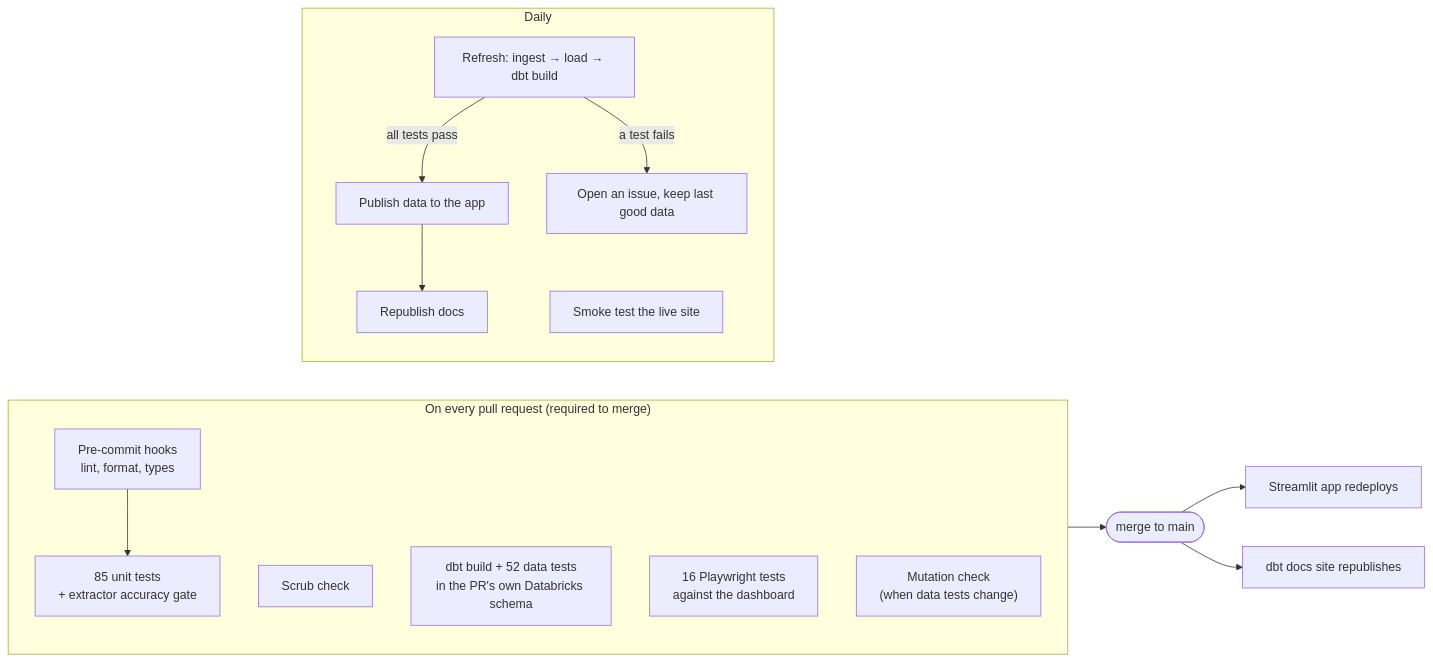
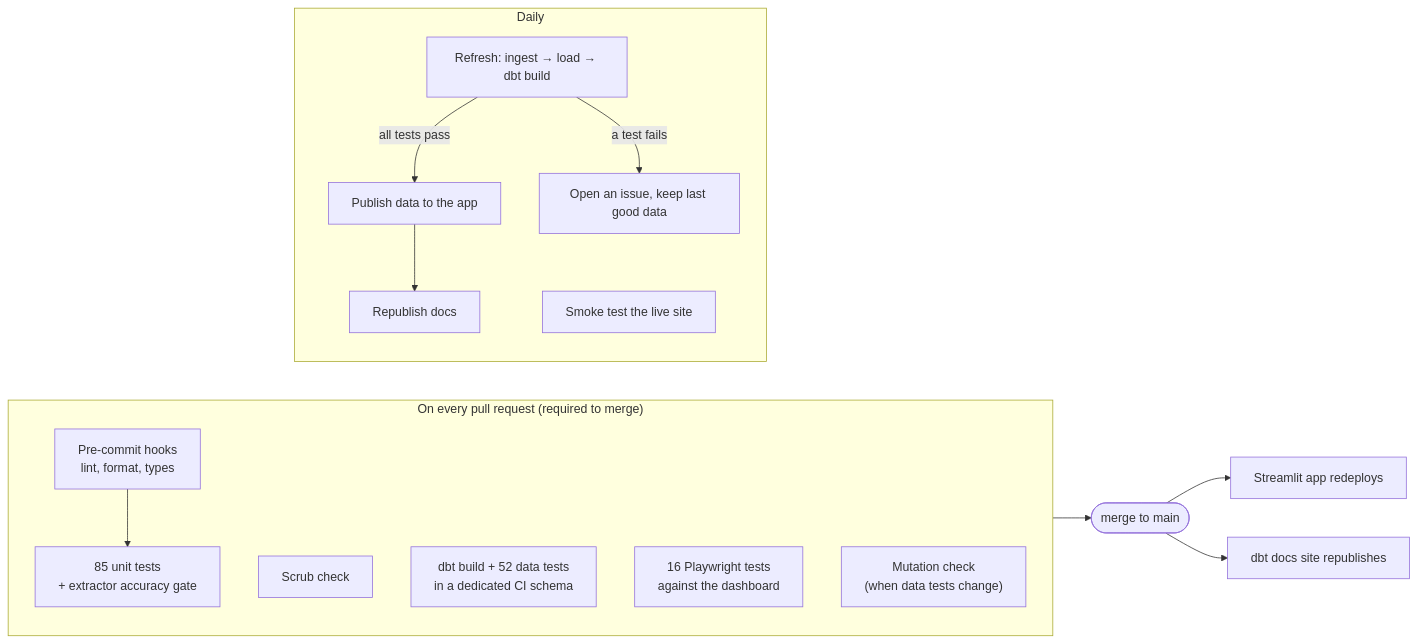
The second of 2 diagrams in README.md (wacsvn/hiring-market-pulse), drawn with Mermaid before and after one commit. The commit also changed other lines of this file and 4 other files, not shown here.

First line of the commit message:
ci: reuse fixed Databricks schemas across PRs (no new tables per PR)

````diff
--- a/README.md
+++ b/README.md
@@ -172,21 +172,21 @@
 ```mermaid
 flowchart LR
   subgraph PR["On every pull request (required to merge)"]
     direction TB
     L["Pre-commit hooks<br/>lint, format, types"] --> U["85 unit tests<br/>+ extractor accuracy gate"]
     S[Scrub check]
-    D["dbt build + 52 data tests<br/>in the PR's own Databricks schema"]
+    D["dbt build + 52 data tests<br/>in a dedicated CI schema"]
     E["16 Playwright tests<br/>against the dashboard"]
     M["Mutation check<br/>(when data tests change)"]
   end
   PR --> MERGE([merge to main])
   MERGE --> APP[Streamlit app redeploys]
   MERGE --> DOCS[dbt docs site republishes]
   subgraph DAILY["Daily"]
     direction TB
     R["Refresh: ingest → load → dbt build"] -->|all tests pass| PUB[Publish data to the app]
     R -->|a test fails| ISS[Open an issue, keep last good data]
     PUB --> DOCS2[Republish docs]
     SMOKE[Smoke test the live site]
   end
 ```
````
